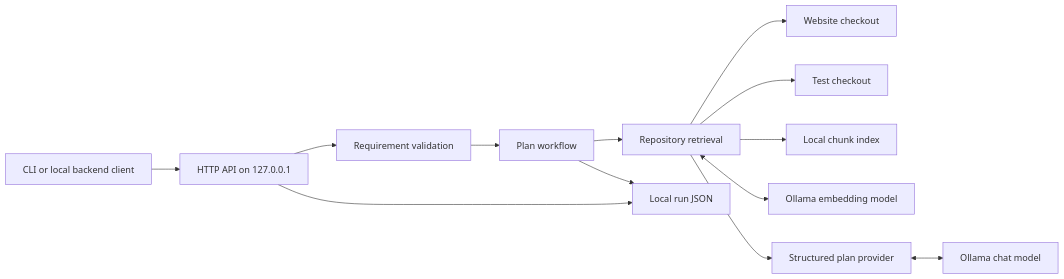
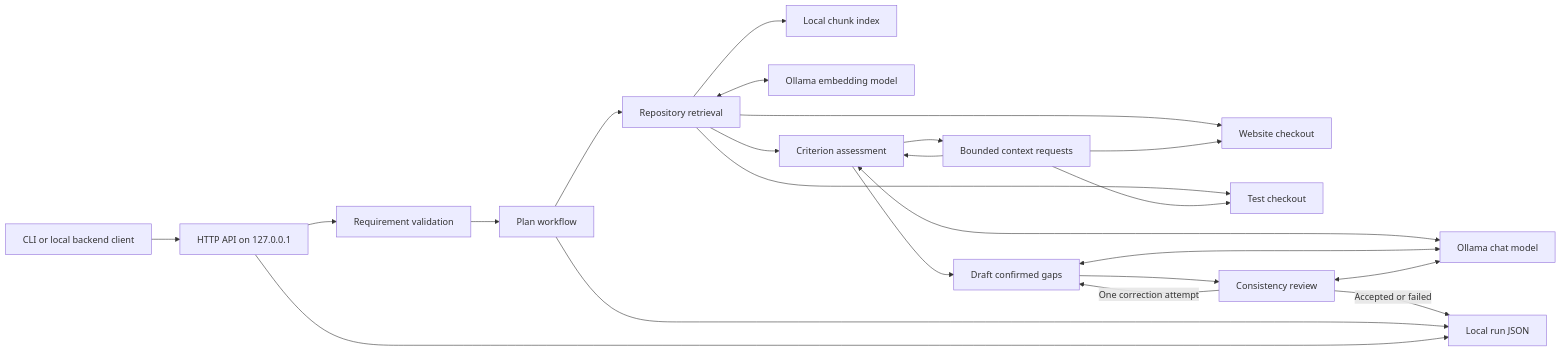
Before and after one commit to varunsidr/specpilot-ai: the diagram in ARCHITECTURE.md, drawn with Mermaid. The commit also changed other lines of this file and 38 other files, not shown here.

First line of the commit message:
feat: implement context expansion and range management for evidence-based assessments

````diff
--- a/ARCHITECTURE.md
+++ b/ARCHITECTURE.md
@@ -7,15 +7,25 @@
 ```mermaid
 flowchart LR
     Client[CLI or local backend client] --> API[HTTP API on 127.0.0.1]
     API --> Validation[Requirement validation]
     Validation --> Workflow[Plan workflow]
     Workflow --> Retrieval[Repository retrieval]
     Retrieval --> Website[Website checkout]
     Retrieval --> Tests[Test checkout]
     Retrieval --> Index[Local chunk index]
     Retrieval <--> Embed[Ollama embedding model]
-    Retrieval --> Planner[Structured plan provider]
+    Retrieval --> Planner[Criterion assessment]
     Planner <--> Chat[Ollama chat model]
-    Workflow --> Runs[Local run JSON]
+    Planner --> Draft[Draft confirmed gaps]
+    Draft <--> Chat
+    Draft --> Review[Consistency review]
+    Review <--> Chat
+    Review -->|One correction attempt| Draft
+    Review -->|Accepted or failed| Runs[Local run JSON]
+    Planner --> Expansion[Bounded context requests]
+    Expansion --> Website
+    Expansion --> Tests
+    Expansion --> Planner
+    Workflow --> Runs
     API --> Runs
 ```
````
